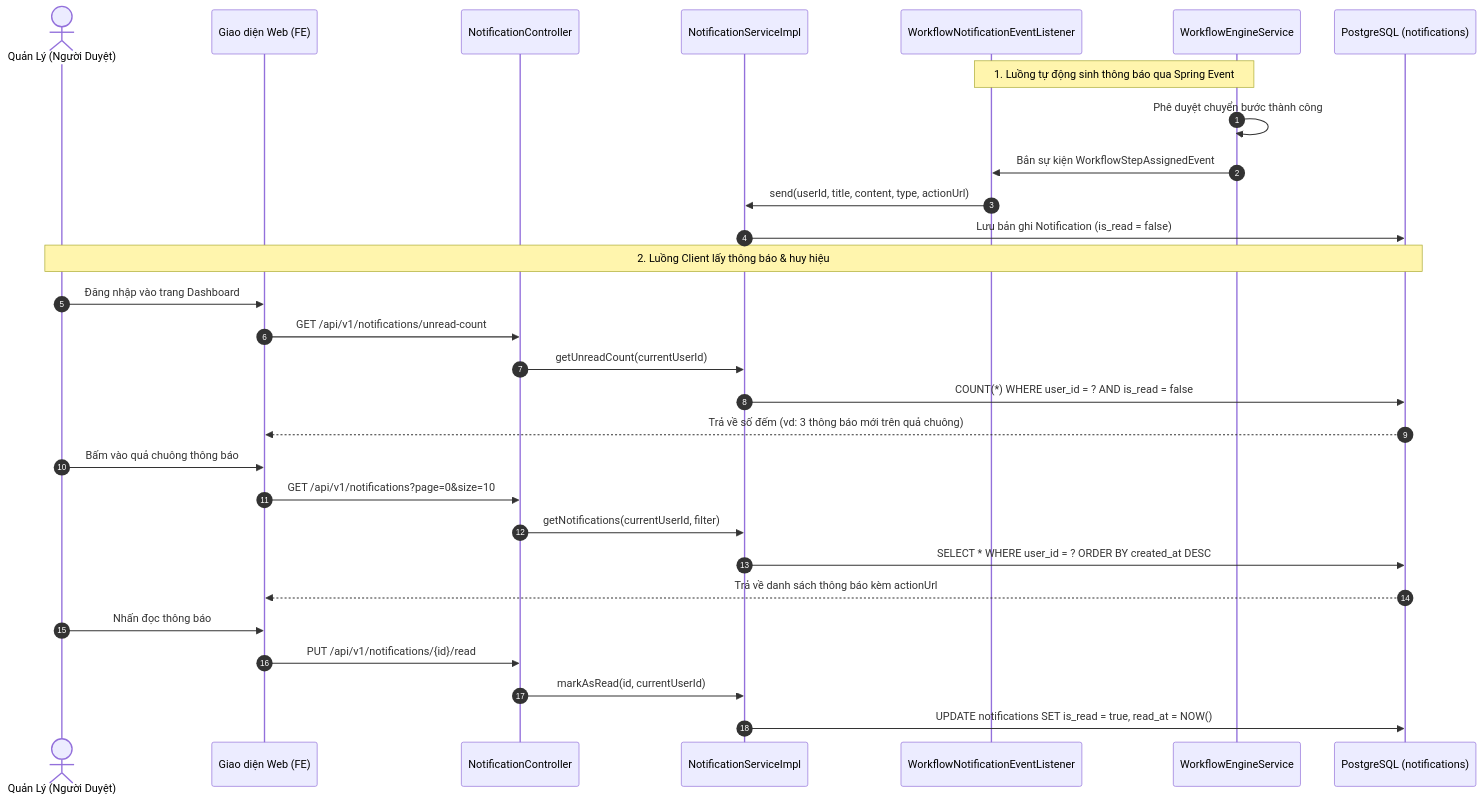
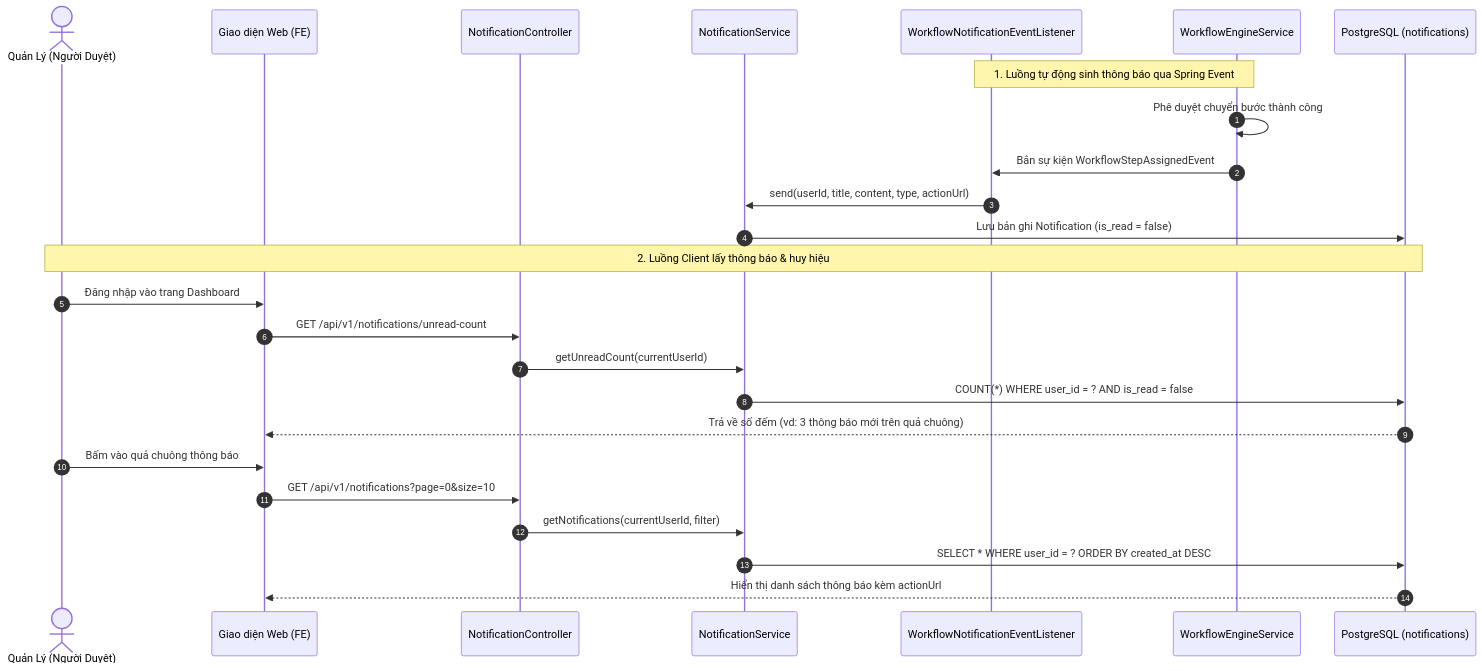
The second of 2 diagrams in docs/ba/thong-bao-notification.md (henruysun2511/cyclosa_backend), drawn with Mermaid before and after one commit. The commit also changed other lines of this file and 986 other files, not shown here.

````diff
--- a/docs/ba/thong-bao-notification.md
+++ b/docs/ba/thong-bao-notification.md
@@ -34,35 +98,30 @@
 ```mermaid
 sequenceDiagram
     autonumber
     actor Approver as Quản Lý (Người Duyệt)
     participant UI as Giao diện Web (FE)
-    participant NotifCtrl as NotificationController
-    participant NotifSvc as NotificationServiceImpl
+    participant Ctrl as NotificationController
+    participant Svc as NotificationService
     participant EventListener as WorkflowNotificationEventListener
     participant Workflow as WorkflowEngineService
     participant DB as PostgreSQL (notifications)
 
     Note over Workflow, EventListener: 1. Luồng tự động sinh thông báo qua Spring Event
     Workflow->>Workflow: Phê duyệt chuyển bước thành công
     Workflow->>EventListener: Bắn sự kiện WorkflowStepAssignedEvent
-    EventListener->>NotifSvc: send(userId, title, content, type, actionUrl)
-    NotifSvc->>DB: Lưu bản ghi Notification (is_read = false)
+    EventListener->>Svc: send(userId, title, content, type, actionUrl)
+    Svc->>DB: Lưu bản ghi Notification (is_read = false)
 
     Note over Approver, DB: 2. Luồng Client lấy thông báo & huy hiệu
     Approver->>UI: Đăng nhập vào trang Dashboard
-    UI->>NotifCtrl: GET /api/v1/notifications/unread-count
-    NotifCtrl->>NotifSvc: getUnreadCount(currentUserId)
-    NotifSvc->>DB: COUNT(*) WHERE user_id = ? AND is_read = false
+    UI->>Ctrl: GET /api/v1/notifications/unread-count
+    Ctrl->>Svc: getUnreadCount(currentUserId)
+    Svc->>DB: COUNT(*) WHERE user_id = ? AND is_read = false
     DB-->>UI: Trả về số đếm (vd: 3 thông báo mới trên quả chuông)
 
     Approver->>UI: Bấm vào quả chuông thông báo
-    UI->>NotifCtrl: GET /api/v1/notifications?page=0&size=10
-    NotifCtrl->>NotifSvc: getNotifications(currentUserId, filter)
-    NotifSvc->>DB: SELECT * WHERE user_id = ? ORDER BY created_at DESC
-    DB-->>UI: Trả về danh sách thông báo kèm actionUrl
-
-    Approver->>UI: Nhấn đọc thông báo
-    UI->>NotifCtrl: PUT /api/v1/notifications/{id}/read
-    NotifCtrl->>NotifSvc: markAsRead(id, currentUserId)
-    NotifSvc->>DB: UPDATE notifications SET is_read = true, read_at = NOW()
+    UI->>Ctrl: GET /api/v1/notifications?page=0&size=10
+    Ctrl->>Svc: getNotifications(currentUserId, filter)
+    Svc->>DB: SELECT * WHERE user_id = ? ORDER BY created_at DESC
+    DB-->>UI: Hiển thị danh sách thông báo kèm actionUrl
 ```
````
